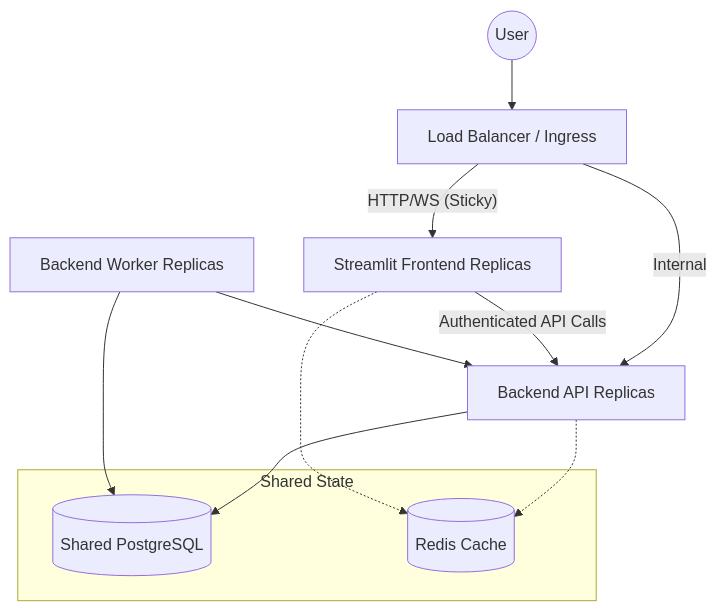
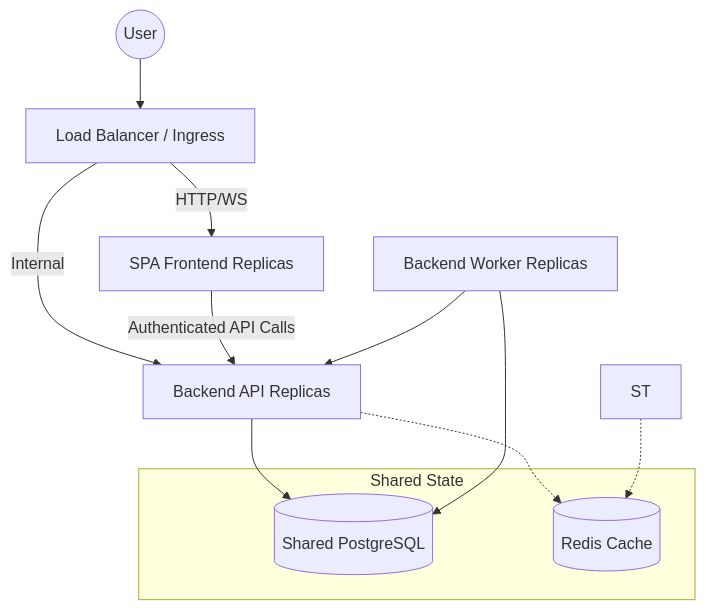
Before and after one commit to FaraatarTID/okr: the diagram in DEPLOYMENT.md, drawn with Mermaid. The commit also changed other lines of this file and 578 other files, not shown here.

````diff
--- a/DEPLOYMENT.md
+++ b/DEPLOYMENT.md
@@ -361,17 +356,17 @@
 ```mermaid
 graph TD
     User((User)) --> LB[Load Balancer / Ingress]
-    LB -- "HTTP/WS (Sticky)" --> ST[Streamlit Frontend Replicas]
+    LB -- "HTTP/WS" --> SPA[SPA Frontend Replicas]
     LB -- "Internal" --> API[Backend API Replicas]
     API --> DB[(Shared PostgreSQL)]
-    ST -- "Authenticated API Calls" --> API
+    SPA -- "Authenticated API Calls" --> API
     Worker[Backend Worker Replicas] --> DB
     Worker --> API
 
     subgraph "Shared State"
         DB
         Redis[(Redis Cache)]
     end
     API -.-> Redis
     ST -.-> Redis
 ```
````
